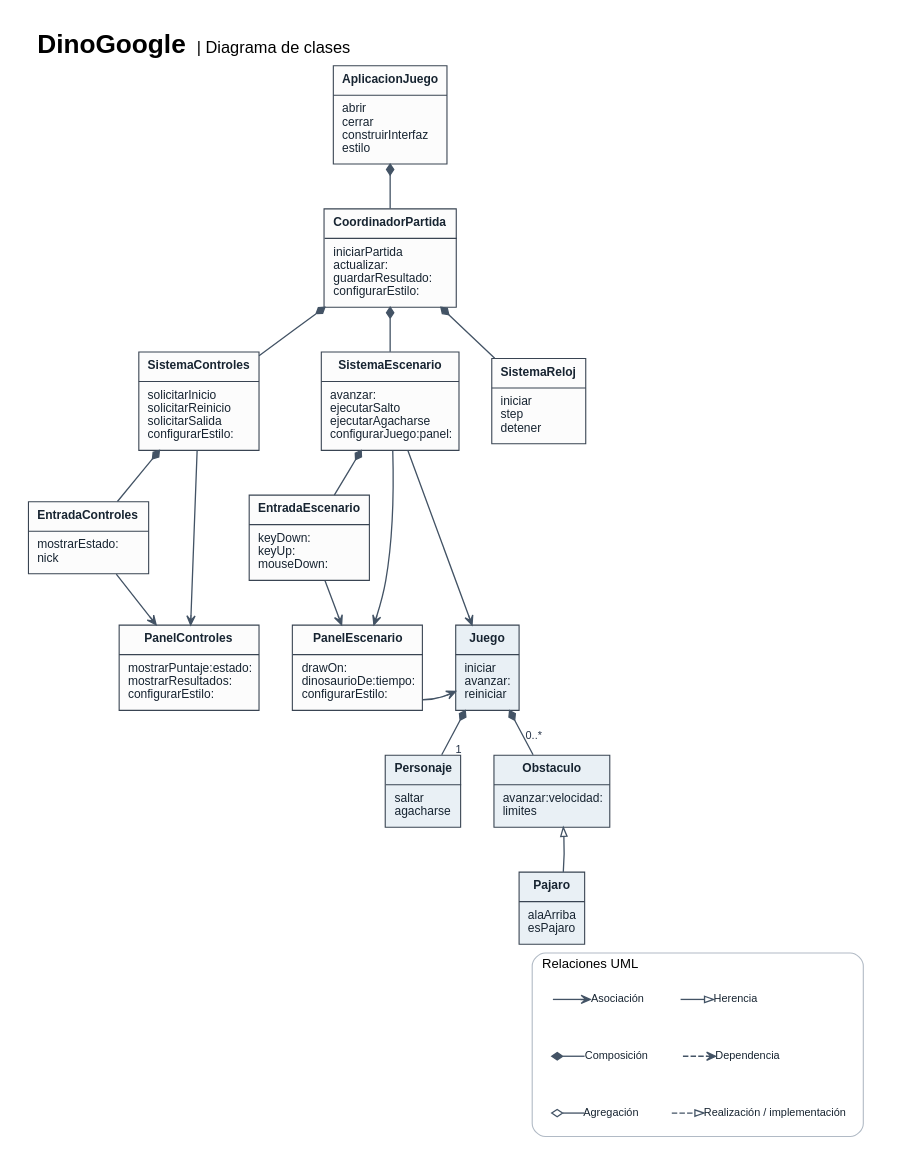
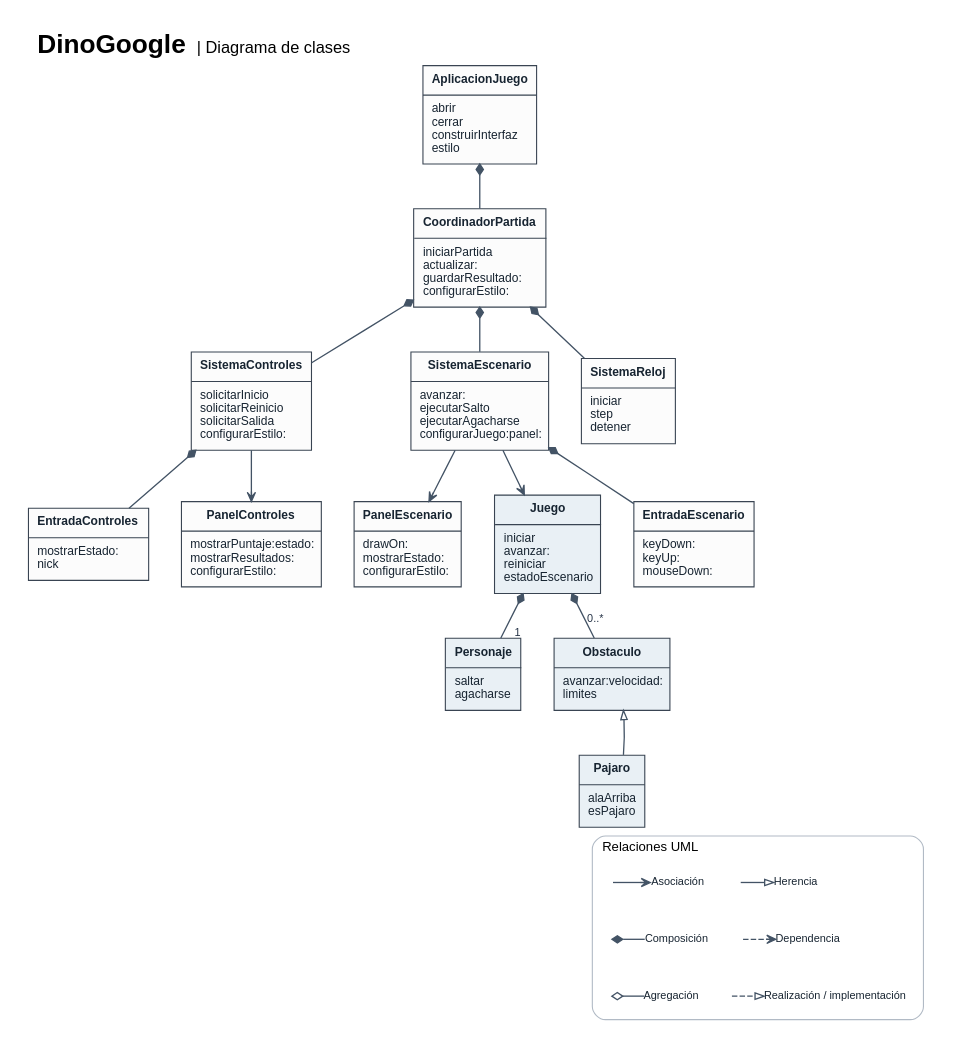
Before and after one commit to CnioritoD/DinoGoogle: the diagram in docs/diagrama-de-clases.dot, drawn with Graphviz. The commit also changed 8 other files, not shown here.

```diff
--- a/docs/diagrama-de-clases.dot
+++ b/docs/diagrama-de-clases.dot
@@ -1,129 +1,126 @@
 digraph DinoGoogle {
   graph [rankdir=TB, bgcolor="#ffffff", pad=0.26, nodesep=0.42, ranksep=0.57,
     fontname="Arial", fontsize=24, labelloc=t, labeljust=l,
     label=<<B>DinoGoogle</B> <FONT POINT-SIZE="15">| Diagrama de clases</FONT>>];
   node [shape=plain, fontname="Arial", fontsize=11,
     color="#394452", fontcolor="#172431", penwidth=1.15, margin="0.16,0.09"];
   edge [fontname="Arial", fontsize=10, color="#435365", fontcolor="#243246",
     penwidth=1.2, arrowsize=0.83];
 
   AplicacionJuego [label=<<TABLE BORDER="1" COLOR="#394452" CELLBORDER="0" CELLSPACING="0" CELLPADDING="7" BGCOLOR="#fcfcfc">
     <TR><TD><B>AplicacionJuego</B></TD></TR>
     <HR/><TR><TD ALIGN="LEFT" BALIGN="LEFT">abrir<BR ALIGN="LEFT"/>cerrar<BR ALIGN="LEFT"/>construirInterfaz<BR ALIGN="LEFT"/>estilo</TD></TR>
   </TABLE>>];
   CoordinadorPartida [label=<<TABLE BORDER="1" COLOR="#394452" CELLBORDER="0" CELLSPACING="0" CELLPADDING="7" BGCOLOR="#fcfcfc">
     <TR><TD><B>CoordinadorPartida</B></TD></TR>
     <HR/><TR><TD ALIGN="LEFT" BALIGN="LEFT">iniciarPartida<BR ALIGN="LEFT"/>actualizar:<BR ALIGN="LEFT"/>guardarResultado:<BR ALIGN="LEFT"/>configurarEstilo:</TD></TR>
   </TABLE>>];
   SistemaControles [label=<<TABLE BORDER="1" COLOR="#394452" CELLBORDER="0" CELLSPACING="0" CELLPADDING="7" BGCOLOR="#fcfcfc">
     <TR><TD><B>SistemaControles</B></TD></TR>
     <HR/><TR><TD ALIGN="LEFT" BALIGN="LEFT">solicitarInicio<BR ALIGN="LEFT"/>solicitarReinicio<BR ALIGN="LEFT"/>solicitarSalida<BR ALIGN="LEFT"/>configurarEstilo:</TD></TR>
   </TABLE>>];
   SistemaEscenario [label=<<TABLE BORDER="1" COLOR="#394452" CELLBORDER="0" CELLSPACING="0" CELLPADDING="7" BGCOLOR="#fcfcfc">
     <TR><TD><B>SistemaEscenario</B></TD></TR>
     <HR/><TR><TD ALIGN="LEFT" BALIGN="LEFT">avanzar:<BR ALIGN="LEFT"/>ejecutarSalto<BR ALIGN="LEFT"/>ejecutarAgacharse<BR ALIGN="LEFT"/>configurarJuego:panel:</TD></TR>
   </TABLE>>];
   SistemaReloj [label=<<TABLE BORDER="1" COLOR="#394452" CELLBORDER="0" CELLSPACING="0" CELLPADDING="7" BGCOLOR="#fcfcfc">
     <TR><TD><B>SistemaReloj</B></TD></TR>
     <HR/><TR><TD ALIGN="LEFT" BALIGN="LEFT">iniciar<BR ALIGN="LEFT"/>step<BR ALIGN="LEFT"/>detener</TD></TR>
   </TABLE>>];
   EntradaControles [label=<<TABLE BORDER="1" COLOR="#394452" CELLBORDER="0" CELLSPACING="0" CELLPADDING="7" BGCOLOR="#fcfcfc">
     <TR><TD><B>EntradaControles</B></TD></TR>
     <HR/><TR><TD ALIGN="LEFT" BALIGN="LEFT">mostrarEstado:<BR ALIGN="LEFT"/>nick</TD></TR>
   </TABLE>>];
   EntradaEscenario [label=<<TABLE BORDER="1" COLOR="#394452" CELLBORDER="0" CELLSPACING="0" CELLPADDING="7" BGCOLOR="#fcfcfc">
     <TR><TD><B>EntradaEscenario</B></TD></TR>
     <HR/><TR><TD ALIGN="LEFT" BALIGN="LEFT">keyDown:<BR ALIGN="LEFT"/>keyUp:<BR ALIGN="LEFT"/>mouseDown:</TD></TR>
   </TABLE>>];
   PanelControles [label=<<TABLE BORDER="1" COLOR="#394452" CELLBORDER="0" CELLSPACING="0" CELLPADDING="7" BGCOLOR="#fcfcfc">
     <TR><TD><B>PanelControles</B></TD></TR>
     <HR/><TR><TD ALIGN="LEFT" BALIGN="LEFT">mostrarPuntaje:estado:<BR ALIGN="LEFT"/>mostrarResultados:<BR ALIGN="LEFT"/>configurarEstilo:</TD></TR>
   </TABLE>>];
   PanelEscenario [label=<<TABLE BORDER="1" COLOR="#394452" CELLBORDER="0" CELLSPACING="0" CELLPADDING="7" BGCOLOR="#fcfcfc">
     <TR><TD><B>PanelEscenario</B></TD></TR>
-    <HR/><TR><TD ALIGN="LEFT" BALIGN="LEFT">drawOn:<BR ALIGN="LEFT"/>dinosaurioDe:tiempo:<BR ALIGN="LEFT"/>configurarEstilo:</TD></TR>
+    <HR/><TR><TD ALIGN="LEFT" BALIGN="LEFT">drawOn:<BR ALIGN="LEFT"/>mostrarEstado:<BR ALIGN="LEFT"/>configurarEstilo:</TD></TR>
   </TABLE>>];
   Juego [label=<<TABLE BORDER="1" COLOR="#394452" CELLBORDER="0" CELLSPACING="0" CELLPADDING="7" BGCOLOR="#e9f0f5">
     <TR><TD><B>Juego</B></TD></TR>
-    <HR/><TR><TD ALIGN="LEFT" BALIGN="LEFT">iniciar<BR ALIGN="LEFT"/>avanzar:<BR ALIGN="LEFT"/>reiniciar</TD></TR>
+    <HR/><TR><TD ALIGN="LEFT" BALIGN="LEFT">iniciar<BR ALIGN="LEFT"/>avanzar:<BR ALIGN="LEFT"/>reiniciar<BR ALIGN="LEFT"/>estadoEscenario</TD></TR>
   </TABLE>>];
   Personaje [label=<<TABLE BORDER="1" COLOR="#394452" CELLBORDER="0" CELLSPACING="0" CELLPADDING="7" BGCOLOR="#e9f0f5">
     <TR><TD><B>Personaje</B></TD></TR>
     <HR/><TR><TD ALIGN="LEFT" BALIGN="LEFT">saltar<BR ALIGN="LEFT"/>agacharse</TD></TR>
   </TABLE>>];
   Obstaculo [label=<<TABLE BORDER="1" COLOR="#394452" CELLBORDER="0" CELLSPACING="0" CELLPADDING="7" BGCOLOR="#e9f0f5">
     <TR><TD><B>Obstaculo</B></TD></TR>
     <HR/><TR><TD ALIGN="LEFT" BALIGN="LEFT">avanzar:velocidad:<BR ALIGN="LEFT"/>limites</TD></TR>
   </TABLE>>];
   Pajaro [label=<<TABLE BORDER="1" COLOR="#394452" CELLBORDER="0" CELLSPACING="0" CELLPADDING="7" BGCOLOR="#e9f0f5">
     <TR><TD><B>Pajaro</B></TD></TR>
     <HR/><TR><TD ALIGN="LEFT" BALIGN="LEFT">alaArriba<BR ALIGN="LEFT"/>esPajaro</TD></TR>
   </TABLE>>];
 
   // El rombo relleno va del lado del objeto que contiene al componente.
   edge [dir=back, arrowtail=diamond, arrowhead=none];
   AplicacionJuego -> CoordinadorPartida;
   CoordinadorPartida -> SistemaControles;
   CoordinadorPartida -> SistemaEscenario;
   CoordinadorPartida -> SistemaReloj;
   SistemaControles -> EntradaControles;
   SistemaEscenario -> EntradaEscenario;
   Juego -> Personaje [headlabel="1", labeldistance=1.6, labelangle=-46];
   Juego -> Obstaculo [headlabel="0..*", labeldistance=1.7, labelangle=-30];
 
   // La asociación muestra una referencia conservada por la clase.
   edge [dir=forward, arrowtail=none, arrowhead=vee];
   SistemaControles -> PanelControles;
   SistemaEscenario -> PanelEscenario;
-  EntradaControles -> PanelControles;
-  EntradaEscenario -> PanelEscenario;
   SistemaEscenario -> Juego;
-  PanelEscenario -> Juego [constraint=false];
 
   // La dependencia indica uso sin una referencia de instancia propia.
   edge [style=dashed, arrowhead=vee, color="#657487"];
 
 
   // El triángulo hueco señala la superclase.
   edge [style=solid, color="#435365", arrowhead=onormal, constraint=false];
   Pajaro -> Obstaculo;
 
   {rank=same; SistemaControles; SistemaEscenario; SistemaReloj}
   {rank=same; EntradaControles; EntradaEscenario}
   {rank=same; PanelControles; PanelEscenario; Juego}
   {rank=same; Personaje; Obstaculo}
   edge [style=invis, constraint=true, weight=10];
   PanelControles -> PanelEscenario -> Juego;
   Personaje -> Obstaculo;
   Obstaculo -> Pajaro;
 
   subgraph cluster_leyenda {
     graph [label="Relaciones UML", fontname="Arial", fontsize=12, style=rounded, color="#b1bac5", margin=16];
     node [shape=plain, style="", fontname="Arial", fontsize=10];
     asociacion [label="Asociación"];
     herencia [label="Herencia"];
     composicion [label="Composición"];
     dependencia [label="Dependencia"];
     agregacion [label="Agregación"];
     realizacion [label="Realización / implementación"];
     node [shape=point, width=0.015, height=0.015, fixedsize=true, label="", style=invis];
     edge [style=solid, constraint=true, weight=1, arrowtail=none, arrowhead=vee];
     {rank=same; a; asociacion; h; herencia}
     {rank=same; c; composicion; d; dependencia}
     {rank=same; g; agregacion; r; realizacion}
     a -> asociacion;
     h -> herencia [arrowhead=onormal];
     c -> composicion [dir=back, arrowtail=diamond, arrowhead=none];
     d -> dependencia [style=dashed];
     g -> agregacion [dir=back, arrowtail=odiamond, arrowhead=none];
     r -> realizacion [style=dashed, arrowhead=onormal];
     asociacion -> h [style=invis];
     composicion -> d [style=invis];
     agregacion -> r [style=invis];
     a -> c -> g [style=invis, minlen=1];
     h -> d -> r [style=invis, minlen=1];
   }
   // Mantiene la leyenda debajo del diagrama.
   Pajaro -> a [style=invis];
 
 }
```
